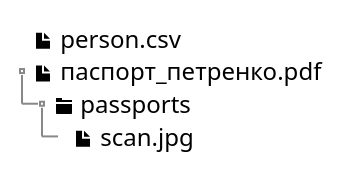
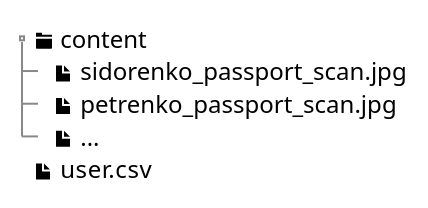
Before and after one commit to epam/edp-ddm-architecture: the first of 3 diagrams in docs/ua/modules/arch/pages/architecture-workspace/platform-evolution/initial-load/inital-load.adoc, drawn with PlantUML. The commit also changed other lines of this file, not shown here.

```diff
--- a/docs/ua/modules/arch/pages/architecture-workspace/platform-evolution/initial-load/inital-load.adoc
+++ b/docs/ua/modules/arch/pages/architecture-workspace/platform-evolution/initial-load/inital-load.adoc
@@ -254,13 +77,15 @@
 [plantuml]
 ----
 @startsalt
 {
 {T
- +<&file> person.csv
- +<&file> паспорт_петренко.pdf
- ++<&folder> passports
- +++<&file> scan.jpg
+ +<&folder> content
+ ++<&file> sidorenko_passport_scan.jpg
+ ++<&file> petrenko_passport_scan.jpg
+ ++<&file> ...
+ +<&file> user.csv
+
 }
 }
 @endsalt
 ----
```
